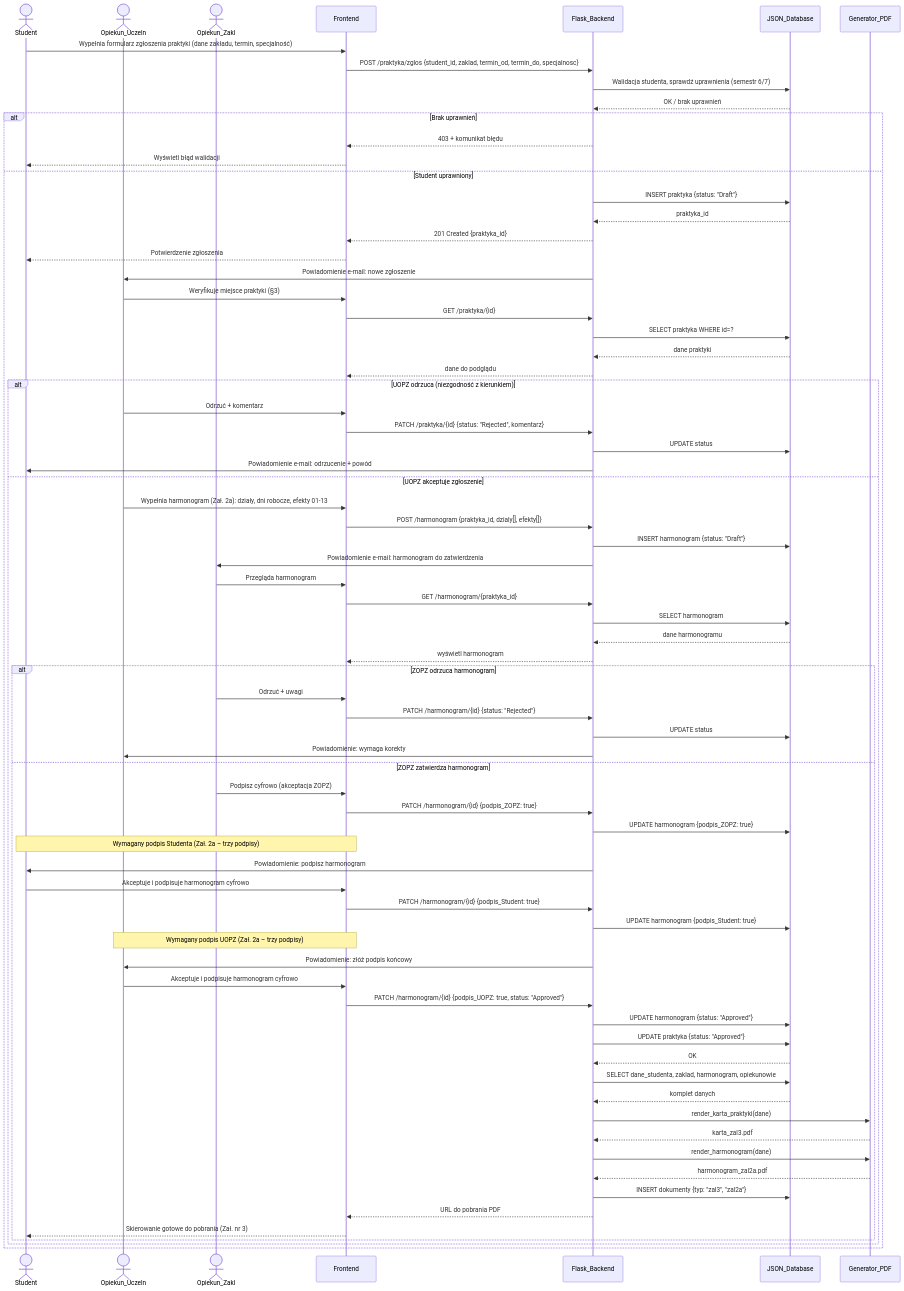
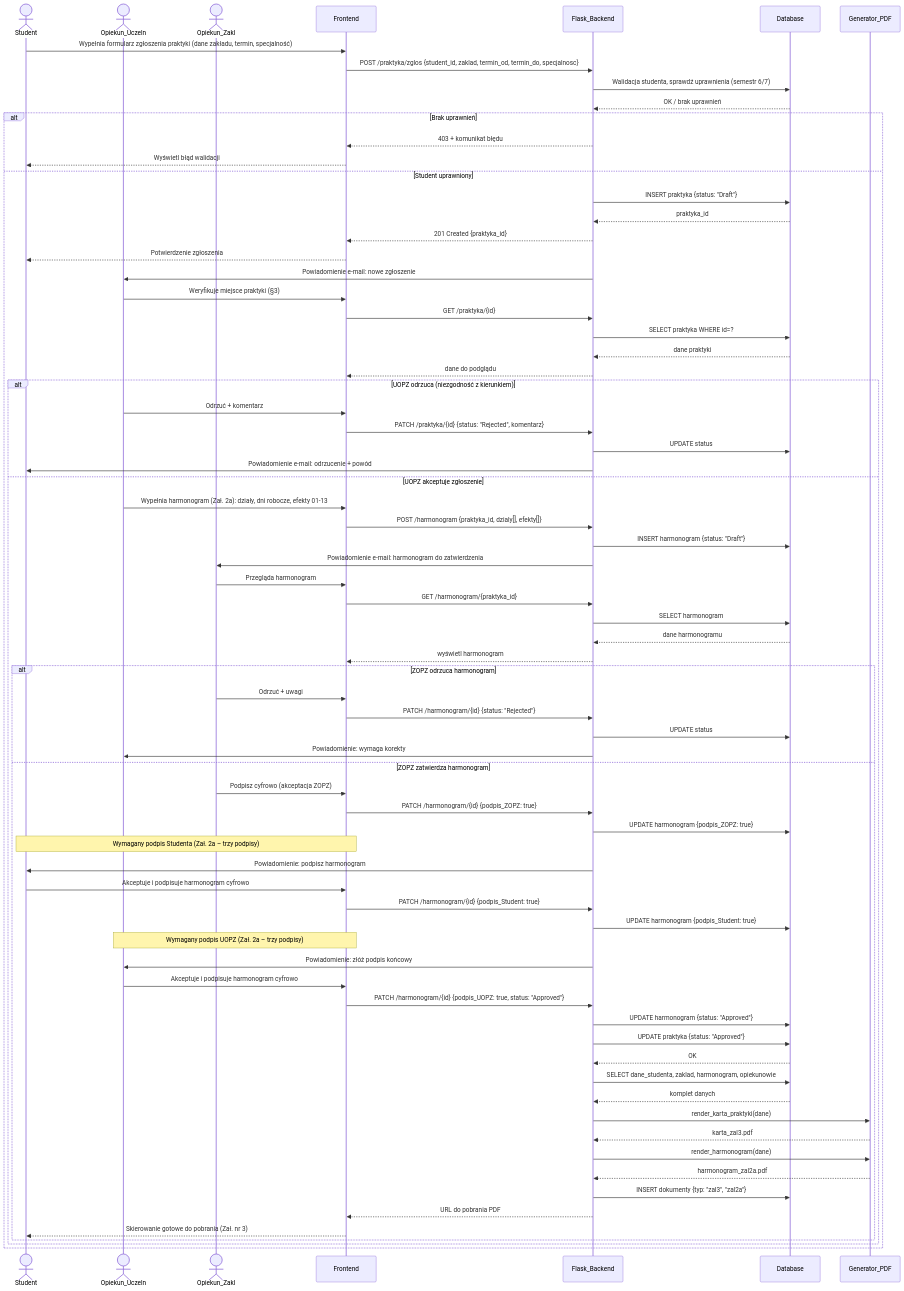
One commit to GacusPL/System-Obslugi-Praktyk-Zawodowych changed the diagram in docs/diagrams/sequence/01_rejestracja.md. Above: the diagram before and after it, drawn with Mermaid. The commit also changed 16 other files, not shown here.

```diff
--- a/docs/diagrams/sequence/01_rejestracja.md
+++ b/docs/diagrams/sequence/01_rejestracja.md
@@ -8,78 +8,78 @@
     actor ZOPZ as Opiekun_Zakl
     participant FE as Frontend
     participant FB as Flask_Backend
-    participant J as JSON_Database
+    participant DB as Database
     participant PDF as Generator_PDF
 
     S->>FE: Wypełnia formularz zgłoszenia praktyki (dane zakładu, termin, specjalność)
     FE->>FB: POST /praktyka/zglos {student_id, zaklad, termin_od, termin_do, specjalnosc}
-    FB->>J: Walidacja studenta, sprawdź uprawnienia (semestr 6/7)
-    J-->>FB: OK / brak uprawnień
+    FB->>DB: Walidacja studenta, sprawdź uprawnienia (semestr 6/7)
+    DB-->>FB: OK / brak uprawnień
 
     alt Brak uprawnień
         FB-->>FE: 403 + komunikat błędu
         FE-->>S: Wyświetl błąd walidacji
     else Student uprawniony
-        FB->>J: INSERT praktyka {status: "Draft"}
-        J-->>FB: praktyka_id
+        FB->>DB: INSERT praktyka {status: "Draft"}
+        DB-->>FB: praktyka_id
         FB-->>FE: 201 Created {praktyka_id}
         FE-->>S: Potwierdzenie zgłoszenia
 
         FB->>UOPZ: Powiadomienie e-mail: nowe zgłoszenie
         UOPZ->>FE: Weryfikuje miejsce praktyki (§3)
         FE->>FB: GET /praktyka/{id}
-        FB->>J: SELECT praktyka WHERE id=?
-        J-->>FB: dane praktyki
+        FB->>DB: SELECT praktyka WHERE id=?
+        DB-->>FB: dane praktyki
         FB-->>FE: dane do podglądu
 
         alt UOPZ odrzuca (niezgodność z kierunkiem)
             UOPZ->>FE: Odrzuć + komentarz
             FE->>FB: PATCH /praktyka/{id} {status: "Rejected", komentarz}
-            FB->>J: UPDATE status
+            FB->>DB: UPDATE status
             FB->>S: Powiadomienie e-mail: odrzucenie + powód
         else UOPZ akceptuje zgłoszenie
             UOPZ->>FE: Wypełnia harmonogram (Zał. 2a): działy, dni robocze, efekty 01-13
             FE->>FB: POST /harmonogram {praktyka_id, dzialy[], efekty[]}
-            FB->>J: INSERT harmonogram {status: "Draft"}
+            FB->>DB: INSERT harmonogram {status: "Draft"}
             FB->>ZOPZ: Powiadomienie e-mail: harmonogram do zatwierdzenia
 
             ZOPZ->>FE: Przegląda harmonogram
             FE->>FB: GET /harmonogram/{praktyka_id}
-            FB->>J: SELECT harmonogram
-            J-->>FB: dane harmonogramu
+            FB->>DB: SELECT harmonogram
+            DB-->>FB: dane harmonogramu
             FB-->>FE: wyświetl harmonogram
 
             alt ZOPZ odrzuca harmonogram
                 ZOPZ->>FE: Odrzuć + uwagi
                 FE->>FB: PATCH /harmonogram/{id} {status: "Rejected"}
-                FB->>J: UPDATE status
+                FB->>DB: UPDATE status
                 FB->>UOPZ: Powiadomienie: wymaga korekty
             else ZOPZ zatwierdza harmonogram
                 ZOPZ->>FE: Podpisz cyfrowo (akceptacja ZOPZ)
                 FE->>FB: PATCH /harmonogram/{id} {podpis_ZOPZ: true}
-                FB->>J: UPDATE harmonogram {podpis_ZOPZ: true}
+                FB->>DB: UPDATE harmonogram {podpis_ZOPZ: true}
 
                 Note over S,FE: Wymagany podpis Studenta (Zał. 2a – trzy podpisy)
                 FB->>S: Powiadomienie: podpisz harmonogram
                 S->>FE: Akceptuje i podpisuje harmonogram cyfrowo
                 FE->>FB: PATCH /harmonogram/{id} {podpis_Student: true}
-                FB->>J: UPDATE harmonogram {podpis_Student: true}
+                FB->>DB: UPDATE harmonogram {podpis_Student: true}
 
                 Note over UOPZ,FE: Wymagany podpis UOPZ (Zał. 2a – trzy podpisy)
                 FB->>UOPZ: Powiadomienie: złóż podpis końcowy
                 UOPZ->>FE: Akceptuje i podpisuje harmonogram cyfrowo
                 FE->>FB: PATCH /harmonogram/{id} {podpis_UOPZ: true, status: "Approved"}
-                FB->>J: UPDATE harmonogram {status: "Approved"}
-                FB->>J: UPDATE praktyka {status: "Approved"}
-                J-->>FB: OK
+                FB->>DB: UPDATE harmonogram {status: "Approved"}
+                FB->>DB: UPDATE praktyka {status: "Approved"}
+                DB-->>FB: OK
 
-                FB->>J: SELECT dane_studenta, zaklad, harmonogram, opiekunowie
-                J-->>FB: komplet danych
+                FB->>DB: SELECT dane_studenta, zaklad, harmonogram, opiekunowie
+                DB-->>FB: komplet danych
                 FB->>PDF: render_karta_praktyki(dane)
                 PDF-->>FB: karta_zal3.pdf
                 FB->>PDF: render_harmonogram(dane)
                 PDF-->>FB: harmonogram_zal2a.pdf
-                FB->>J: INSERT dokumenty {typ: "zal3", "zal2a"}
+                FB->>DB: INSERT dokumenty {typ: "zal3", "zal2a"}
                 FB-->>FE: URL do pobrania PDF
                 FE-->>S: Skierowanie gotowe do pobrania (Zał. nr 3)
             end
```
